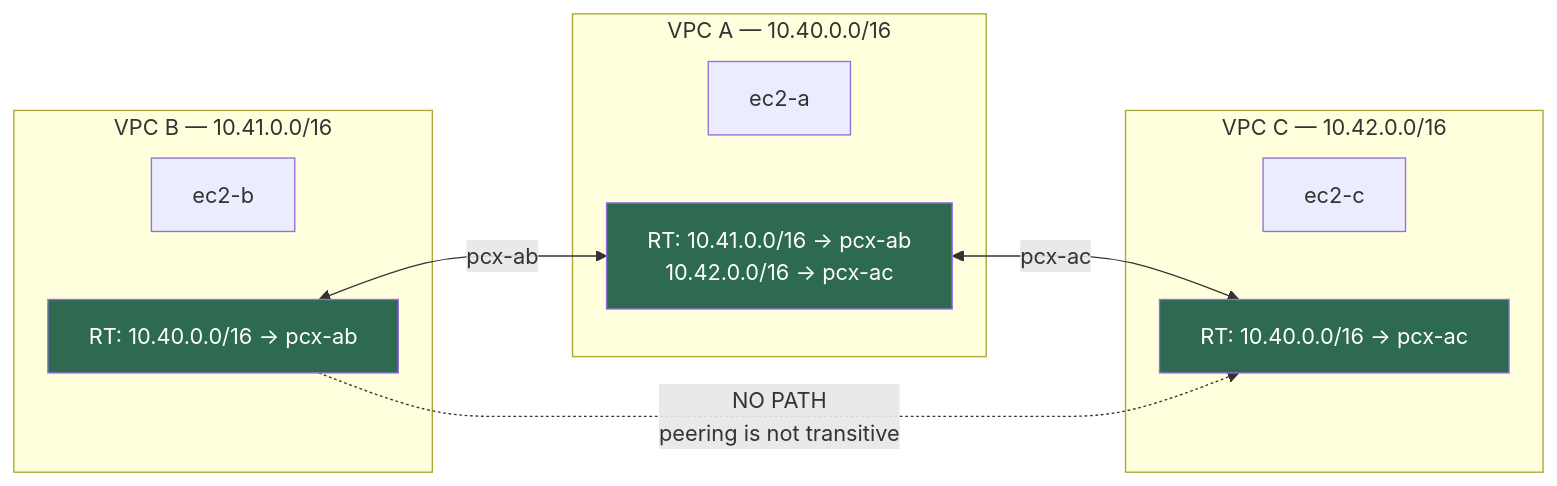
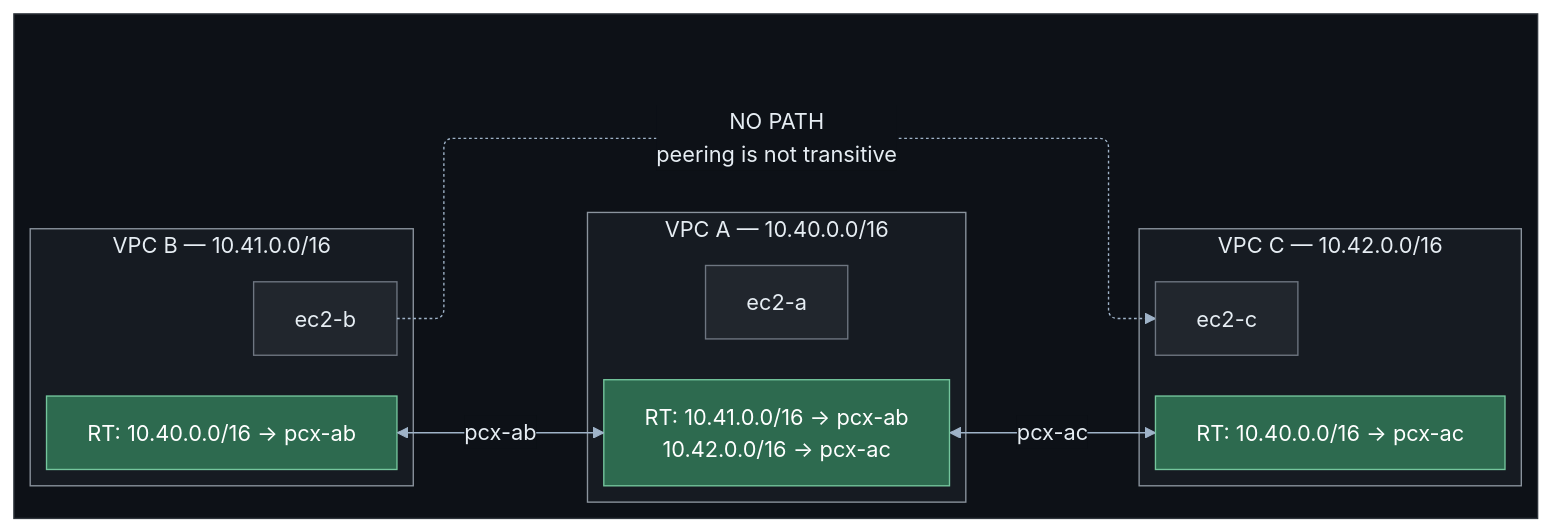
Before and after one commit to HuyNguyen260398/aws-network-architecture: the diagram in labs/04-vpc-peering/README.md, drawn with Mermaid. The commit also changed 13 other files, not shown here.

First line of the commit message:
docs(diagrams): restyle all Mermaid diagrams for dark mode and orthogonal lines

````diff
--- a/labs/04-vpc-peering/README.md
+++ b/labs/04-vpc-peering/README.md
@@ -36,25 +36,49 @@
 ```mermaid
-graph LR
-    subgraph B["VPC B — 10.41.0.0/16"]
-        EB["ec2-b"]
-        RTB["RT: 10.40.0.0/16 → pcx-ab"]
-    end
+---
+config:
+  layout: elk
+  theme: base
+  themeVariables:
+    lineColor: "#9fb3c8"
+    textColor: "#e6edf3"
+    primaryColor: "#21262d"
+    primaryTextColor: "#e6edf3"
+    primaryBorderColor: "#6e7681"
+    edgeLabelBackground: "#0d1117"
+    clusterBkg: "#161b22"
+    clusterBorder: "#6e7681"
+    titleColor: "#e6edf3"
+  flowchart:
+    curve: rounded
+    wrappingWidth: 420
+---
+flowchart LR
+    subgraph CANVAS[" "]
+        subgraph B["VPC B — 10.41.0.0/16"]
+            EB["ec2-b"]
+            RTB["RT: 10.40.0.0/16 → pcx-ab"]
+        end
 
-    subgraph A["VPC A — 10.40.0.0/16"]
-        EA["ec2-a"]
-        RTA["RT: 10.41.0.0/16 → pcx-ab<br/>10.42.0.0/16 → pcx-ac"]
-    end
+        subgraph A["VPC A — 10.40.0.0/16"]
+            EA["ec2-a"]
+            RTA["RT: 10.41.0.0/16 → pcx-ab<br/>10.42.0.0/16 → pcx-ac"]
+        end
 
-    subgraph C["VPC C — 10.42.0.0/16"]
-        EC["ec2-c"]
-        RTC["RT: 10.40.0.0/16 → pcx-ac"]
+        subgraph C["VPC C — 10.42.0.0/16"]
+            EC["ec2-c"]
+            RTC["RT: 10.40.0.0/16 → pcx-ac"]
+        end
     end
 
     RTB <-->|"pcx-ab"| RTA
     RTA <-->|"pcx-ac"| RTC
-    RTB -.->|"NO PATH<br/>peering is not transitive"| RTC
+    EB -.->|"NO PATH<br/>peering is not transitive"| EC
 
-    style RTA fill:#2d6a4f,color:#fff
-    style RTB fill:#2d6a4f,color:#fff
-    style RTC fill:#2d6a4f,color:#fff
+    classDef canvas fill:#0d1117,stroke:#30363d,color:#e6edf3
+    classDef vpc fill:#161b22,stroke:#8b949e,color:#e6edf3
+    classDef free fill:#2d6a4f,stroke:#74c69d,color:#fff
+
+    class CANVAS canvas
+    class B,A,C vpc
+    class RTA,RTB,RTC free
 ```
````
